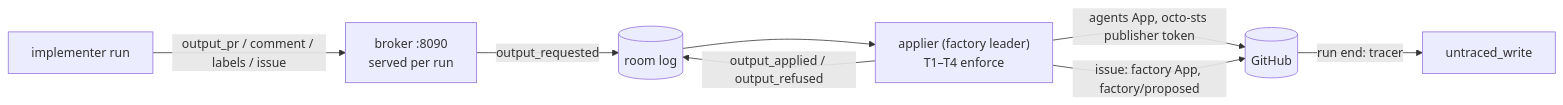
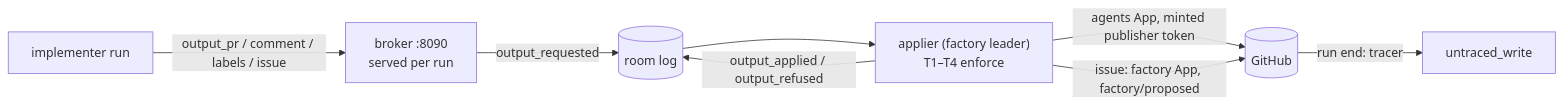
One commit to Smana/maku changed the tenth of 14 diagrams in docs/factory.md. Above: the diagram before and after it, drawn with Mermaid. The commit also changed other lines of this file and 110 other files, not shown here.

First line of the commit message:
feat!: v4 step 8 PR C, the XR run kind and octo-sts removed (#576)

````diff
--- a/docs/factory.md
+++ b/docs/factory.md
@@ -1953,10 +1950,10 @@
 ```mermaid
 flowchart LR
   A["implementer run"] -->|"output_pr / comment / labels / issue"| B["broker :8090<br/>served per run"]
   B -->|"output_requested"| L[("room log")]
   L --> P["applier (factory leader)<br/>T1–T4 enforce"]
-  P -->|"agents App, octo-sts publisher token"| G[("GitHub")]
+  P -->|"agents App, minted publisher token"| G[("GitHub")]
   P -->|"issue: factory App, factory/proposed"| G
   P -->|"output_applied / output_refused"| L
   G -->|"run end: tracer"| T["untraced_write"]
 ```
````
